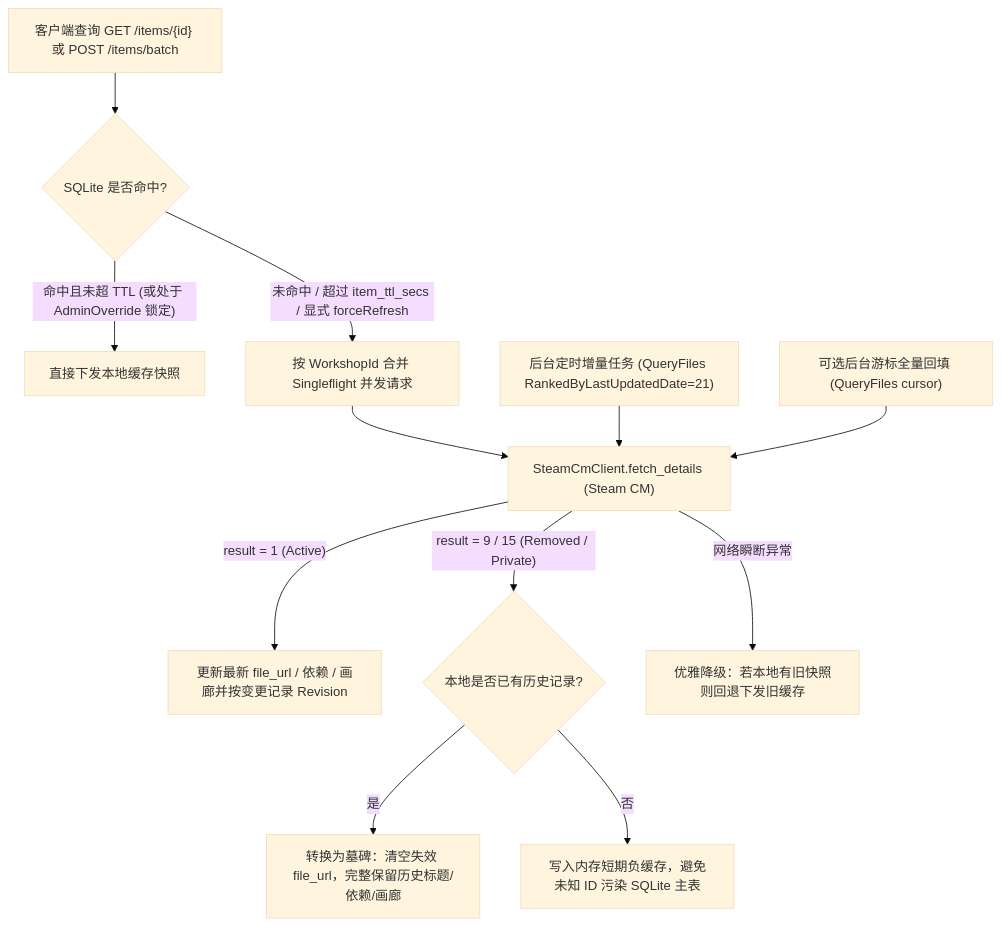
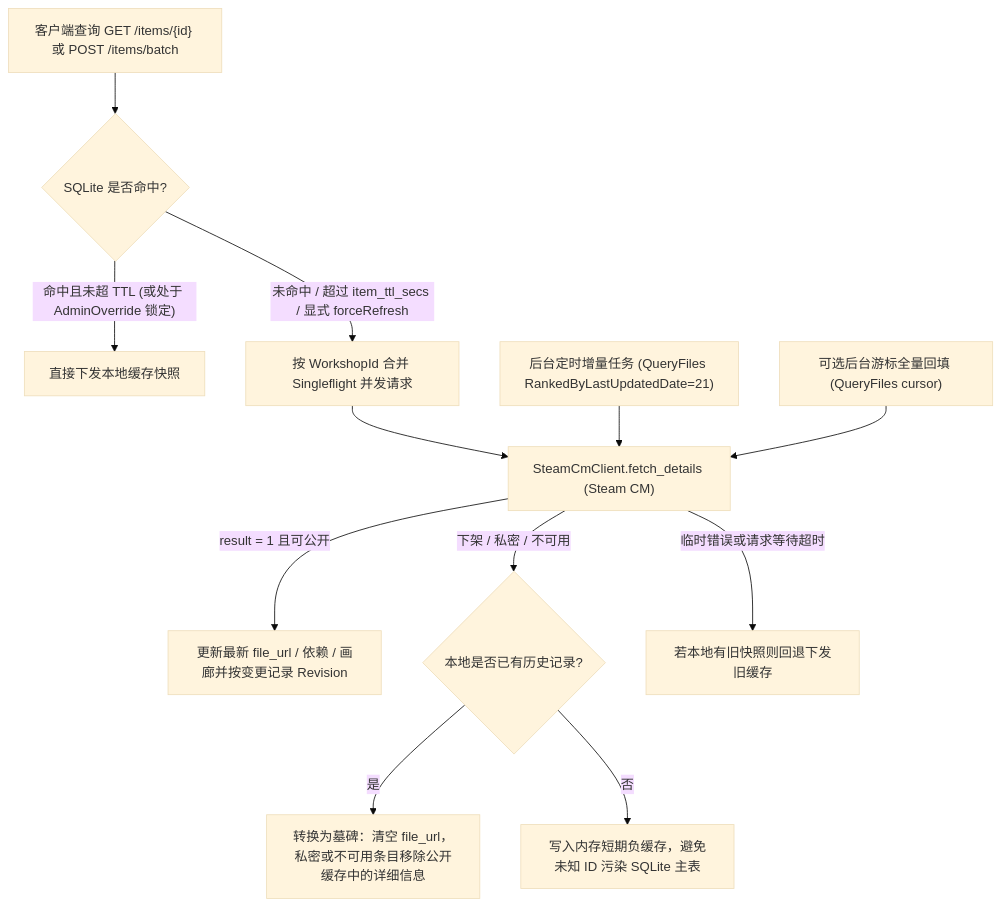
One commit to FallenCrystal/Left4Addons changed the diagram in docs/architecture/07-catalog-backend.md. Above: the diagram before and after it, drawn with Mermaid (base theme). The commit also changed other lines of this file and 22 other files, not shown here.

````diff
--- a/docs/architecture/07-catalog-backend.md
+++ b/docs/architecture/07-catalog-backend.md
@@ -15,15 +15,15 @@
 ```mermaid
 flowchart TD
     Req["客户端查询 GET /items/{id} 或 POST /items/batch"] --> CheckDB{"SQLite 是否命中?"}
     CheckDB -- "命中且未超 TTL (或处于 AdminOverride 锁定)" --> ServeCache["直接下发本地缓存快照"]
     CheckDB -- "未命中 / 超过 item_ttl_secs / 显式 forceRefresh" --> Singleflight["按 WorkshopId 合并 Singleflight 并发请求"]
     Singleflight --> CallCM["SteamCmClient.fetch_details (Steam CM)"]
-    CallCM -- "result = 1 (Active)" --> Upsert["更新最新 file_url / 依赖 / 画廊并按变更记录 Revision"]
-    CallCM -- "result = 9 / 15 (Removed / Private)" --> CheckKnown{"本地是否已有历史记录?"}
-    CheckKnown -- "是" --> Tombstone["转换为墓碑：清空失效 file_url，完整保留历史标题/依赖/画廊"]
+    CallCM -- "result = 1 且可公开" --> Upsert["更新最新 file_url / 依赖 / 画廊并按变更记录 Revision"]
+    CallCM -- "下架 / 私密 / 不可用" --> CheckKnown{"本地是否已有历史记录?"}
+    CheckKnown -- "是" --> Tombstone["转换为墓碑：清空 file_url，私密或不可用条目移除公开缓存中的详细信息"]
     CheckKnown -- "否" --> NegCache["写入内存短期负缓存，避免未知 ID 污染 SQLite 主表"]
-    CallCM -- "网络瞬断异常" --> Fallback["优雅降级：若本地有旧快照则回退下发旧缓存"]
+    CallCM -- "临时错误或请求等待超时" --> Fallback["若本地有旧快照则回退下发旧缓存"]
 
     CronInc["后台定时增量任务 (QueryFiles RankedByLastUpdatedDate=21)"] --> CallCM
     CronBackfill["可选后台游标全量回填 (QueryFiles cursor)"] --> CallCM
 ```
````
